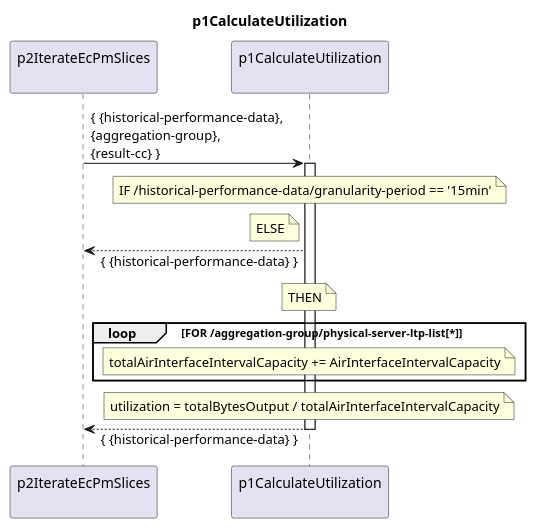
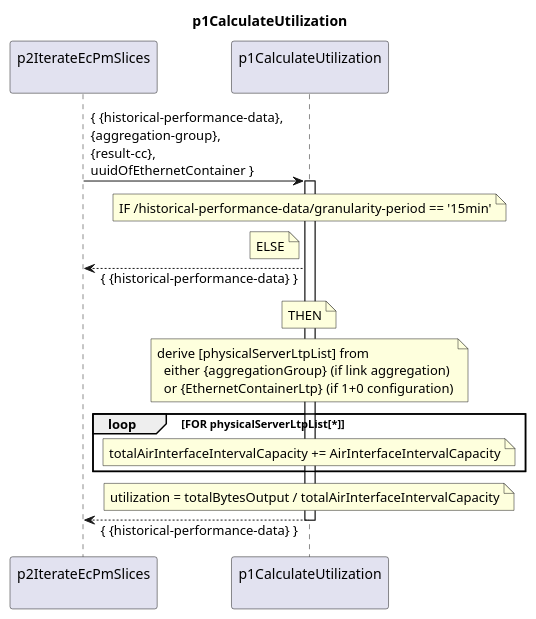
The diagram in spec/Functions/p2StreamPmData/p2ProcessDevice/p2CreateResultCc/p2IterateEcPmSlices/p1CalculateUtilization/1.0.0/p1CalculateUtilization.plantuml (openBackhaul/DevicePerformanceManagementDataProcessor), drawn with PlantUML before and after one commit. The commit also changed 10 other files, not shown here.

Commit message:
Add deriving physicalServerLtpList from serverLtp attribute at EthernetContainerLTP (fixes #211)

```diff
--- a/spec/Functions/p2StreamPmData/p2ProcessDevice/p2CreateResultCc/p2IterateEcPmSlices/p1CalculateUtilization/1.0.0/p1CalculateUtilization.plantuml
+++ b/spec/Functions/p2StreamPmData/p2ProcessDevice/p2CreateResultCc/p2IterateEcPmSlices/p1CalculateUtilization/1.0.0/p1CalculateUtilization.plantuml
@@ -1,43 +1,49 @@
 @startuml p1CalculateUtilization
 skinparam responseMessageBelowArrow true
 
 title
   p1CalculateUtilization
 end title
 
 participant "p2IterateEcPmSlices\n" as requestor
 participant "p1CalculateUtilization\n" as p1CalcUtil
 
 
-requestor -> p1CalcUtil : { {historical-performance-data},\n{aggregation-group},\n{result-cc} }
+requestor -> p1CalcUtil : { {historical-performance-data},\n{aggregation-group},\n{result-cc},\nuuidOfEthernetContainer }
 activate p1CalcUtil
 
   note over p1CalcUtil
     IF /historical-performance-data/granularity-period == '15min'
   end note
 
   note left p1CalcUtil
     ELSE
   end note
   requestor <-- p1CalcUtil : { {historical-performance-data} }
 
   note over p1CalcUtil
     THEN
   end note
 
-  loop FOR /aggregation-group/physical-server-ltp-list[*]
+  note over p1CalcUtil
+    derive [physicalServerLtpList] from 
+      either {aggregationGroup} (if link aggregation)
+      or {EthernetContainerLtp} (if 1+0 configuration)
+  end note
+
+  loop FOR physicalServerLtpList[*]
     note over p1CalcUtil
       totalAirInterfaceIntervalCapacity += AirInterfaceIntervalCapacity
     end note
   end loop
 
   note over p1CalcUtil
     utilization = totalBytesOutput / totalAirInterfaceIntervalCapacity
   end note
 
 requestor <-- p1CalcUtil : { {historical-performance-data} }
 deactivate p1CalcUtil
 
 deactivate requestor
 
 @enduml
```
